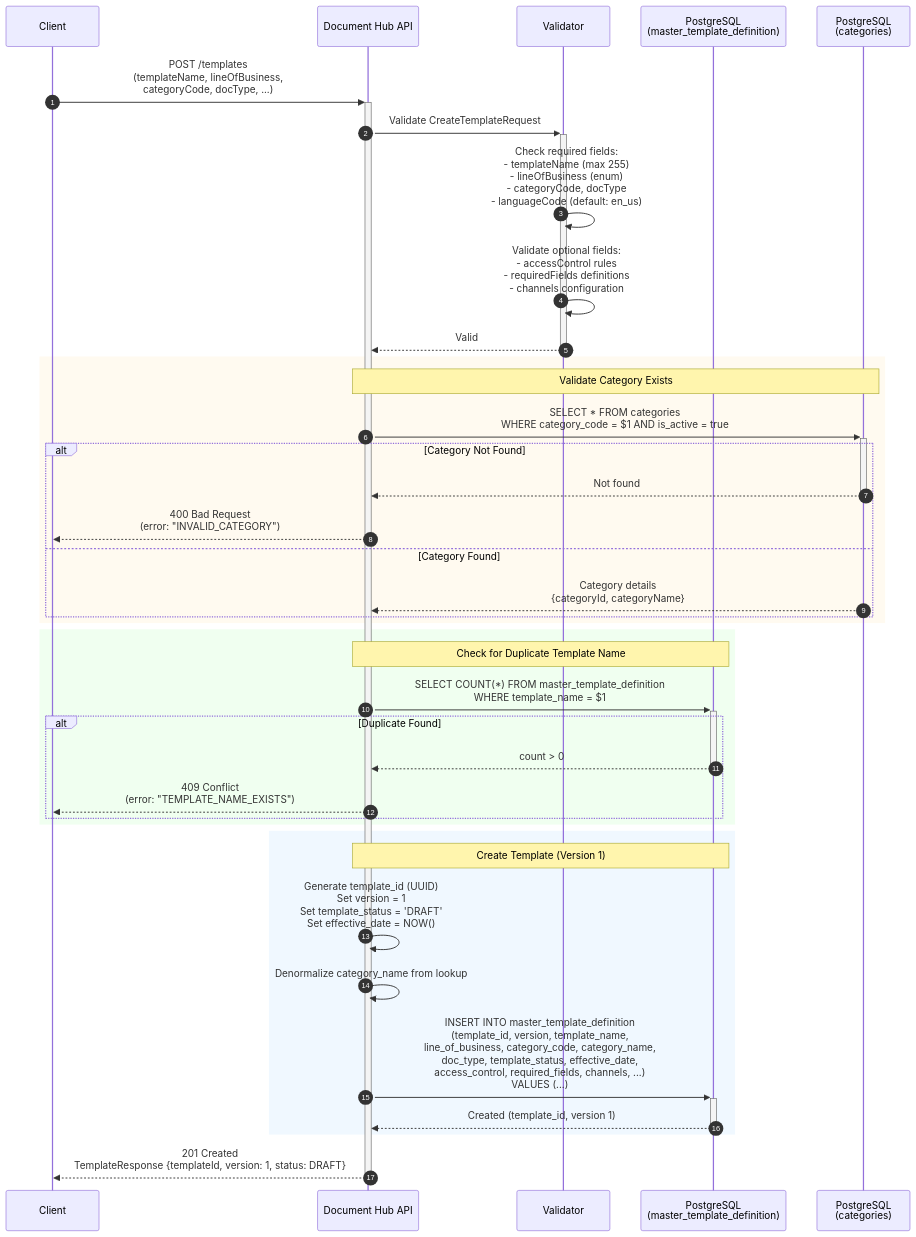
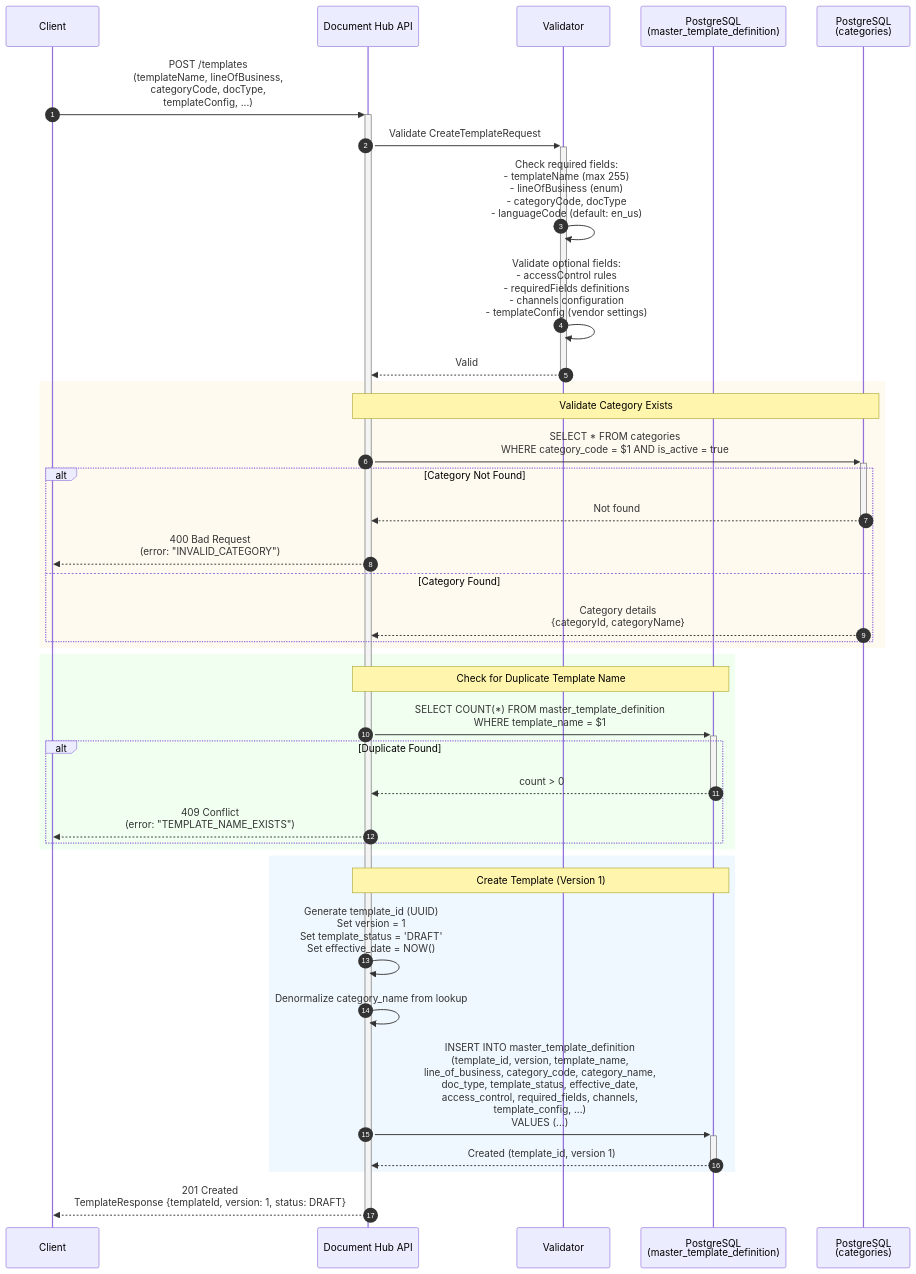
The sixth of 14 diagrams in docs/sequence-diagrams/complete_api_sequence_diagrams.md (ghmd86/document-hub), drawn with Mermaid before and after one commit. The commit also changed other lines of this file and 5 other files, not shown here.

First line of the commit message:
Add template_config JSONB column for operational configurations

````diff
--- a/docs/sequence-diagrams/complete_api_sequence_diagrams.md
+++ b/docs/sequence-diagrams/complete_api_sequence_diagrams.md
@@ -357,55 +358,55 @@
 ```mermaid
 sequenceDiagram
     autonumber
 
     participant Client
     participant API as Document Hub API
     participant Validator
     participant TemplateDB as PostgreSQL<br/>(master_template_definition)
     participant CategoryDB as PostgreSQL<br/>(categories)
 
-    Client->>+API: POST /templates<br/>(templateName, lineOfBusiness,<br/>categoryCode, docType, ...)
+    Client->>+API: POST /templates<br/>(templateName, lineOfBusiness,<br/>categoryCode, docType,<br/>templateConfig, ...)
 
     API->>+Validator: Validate CreateTemplateRequest
 
     Validator->>Validator: Check required fields:<br/>- templateName (max 255)<br/>- lineOfBusiness (enum)<br/>- categoryCode, docType<br/>- languageCode (default: en_us)
 
-    Validator->>Validator: Validate optional fields:<br/>- accessControl rules<br/>- requiredFields definitions<br/>- channels configuration
+    Validator->>Validator: Validate optional fields:<br/>- accessControl rules<br/>- requiredFields definitions<br/>- channels configuration<br/>- templateConfig (vendor settings)
 
     Validator-->>-API: Valid
 
     rect rgb(255, 250, 240)
         Note over API,CategoryDB: Validate Category Exists
         API->>+CategoryDB: SELECT * FROM categories<br/>WHERE category_code = $1 AND is_active = true
 
         alt Category Not Found
             CategoryDB-->>-API: Not found
             API-->>Client: 400 Bad Request<br/>(error: "INVALID_CATEGORY")
         else Category Found
             CategoryDB-->>API: Category details<br/>{categoryId, categoryName}
         end
     end
 
     rect rgb(240, 255, 240)
         Note over API,TemplateDB: Check for Duplicate Template Name
         API->>+TemplateDB: SELECT COUNT(*) FROM master_template_definition<br/>WHERE template_name = $1
 
         alt Duplicate Found
             TemplateDB-->>-API: count > 0
             API-->>Client: 409 Conflict<br/>(error: "TEMPLATE_NAME_EXISTS")
         end
     end
 
     rect rgb(240, 248, 255)
         Note over API,TemplateDB: Create Template (Version 1)
         API->>API: Generate template_id (UUID)<br/>Set version = 1<br/>Set template_status = 'DRAFT'<br/>Set effective_date = NOW()
 
         API->>API: Denormalize category_name from lookup
 
-        API->>+TemplateDB: INSERT INTO master_template_definition<br/>(template_id, version, template_name,<br/>line_of_business, category_code, category_name,<br/>doc_type, template_status, effective_date,<br/>access_control, required_fields, channels, ...)<br/>VALUES (...)
+        API->>+TemplateDB: INSERT INTO master_template_definition<br/>(template_id, version, template_name,<br/>line_of_business, category_code, category_name,<br/>doc_type, template_status, effective_date,<br/>access_control, required_fields, channels,<br/>template_config, ...)<br/>VALUES (...)
 
         TemplateDB-->>-API: Created (template_id, version 1)
     end
 
     API-->>-Client: 201 Created<br/>TemplateResponse {templateId, version: 1, status: DRAFT}
 ```
````
